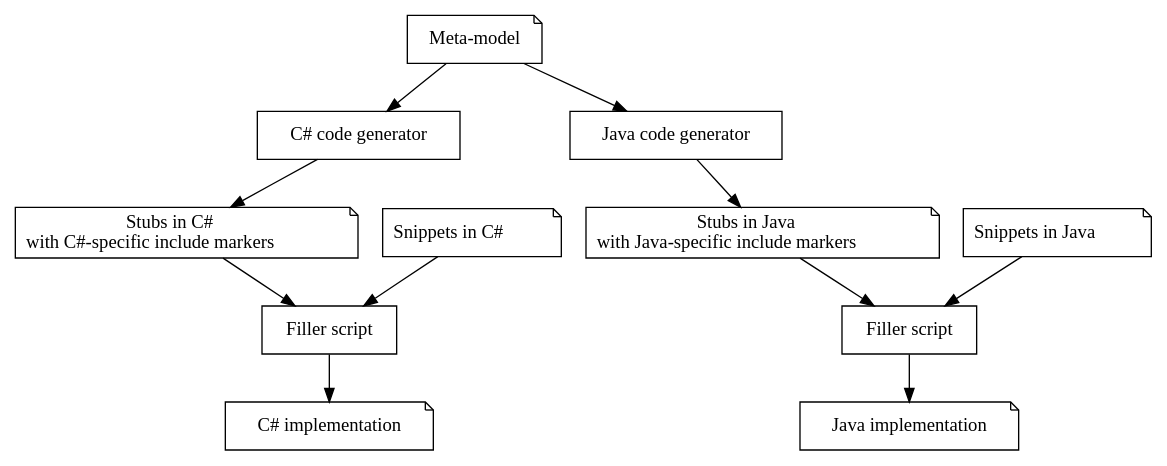
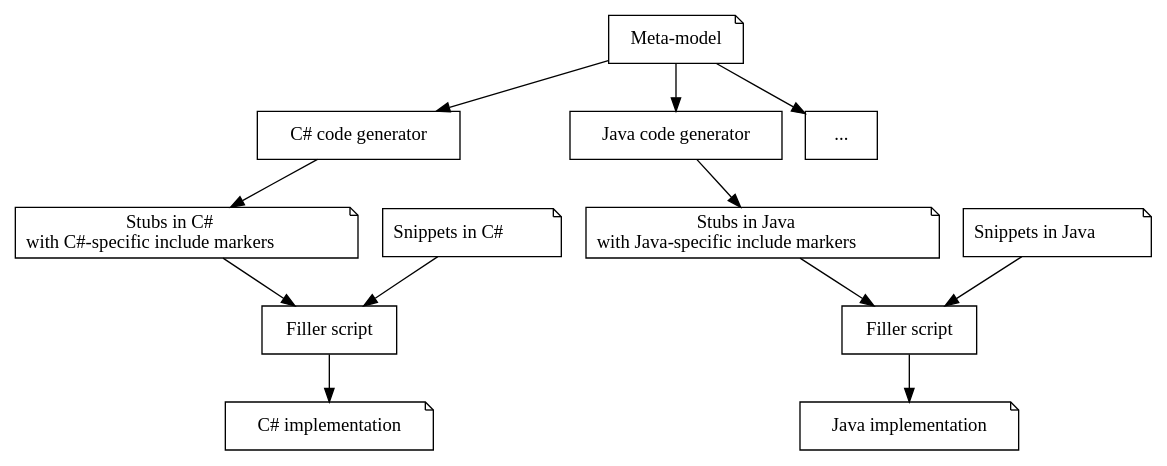
Before and after one commit to aas-core-works/design-docs: the diagram in docs/general-design-decisions/include-markers.dot, drawn with Graphviz. The commit also changed 1 other file, not shown here.

Commit message:
Add other languages to "include markers" diagram (#4)
This is a minor change where we put "..." in the diagram to hint that
languages apart from C# and Java are considered, too.

```diff
--- a/docs/general-design-decisions/include-markers.dot
+++ b/docs/general-design-decisions/include-markers.dot
@@ -1,35 +1,39 @@
 digraph G {
     meta_model [label="Meta-model", shape=note ]
     
     csharp_code_generator [label="C# code generator", shape=box ]
     
     csharp_stubs [label=< Stubs in C#<br/>with C#-specific include markers >, shape=note ];
 
     csharp_snippets [ label=< Snippets in C# >, shape=note ]
     
     csharp_filler_script [ label="Filler script", shape=box ]
     
     csharp_implementation [ label="C# implementation", shape=note ]
     
     java_code_generator [label="Java code generator", shape=box ]
     
     java_stubs [label=< Stubs in Java<br/>with Java-specific include markers >, shape=note ];
 
     java_snippets [ label=< Snippets in Java >, shape=note ]
     
     java_filler_script [ label="Filler script", shape=box ]
     
     java_implementation [ label="Java implementation", shape=note ]
 
+    dotdotdot [ label="...", shape=box ]
+
     meta_model -> csharp_code_generator
     csharp_code_generator -> csharp_stubs
     csharp_stubs -> csharp_filler_script
     csharp_snippets -> csharp_filler_script
     csharp_filler_script -> csharp_implementation
 
     meta_model -> java_code_generator
     java_code_generator -> java_stubs
     java_stubs -> java_filler_script
     java_snippets -> java_filler_script
     java_filler_script -> java_implementation
+
+    meta_model -> dotdotdot
 }
```
